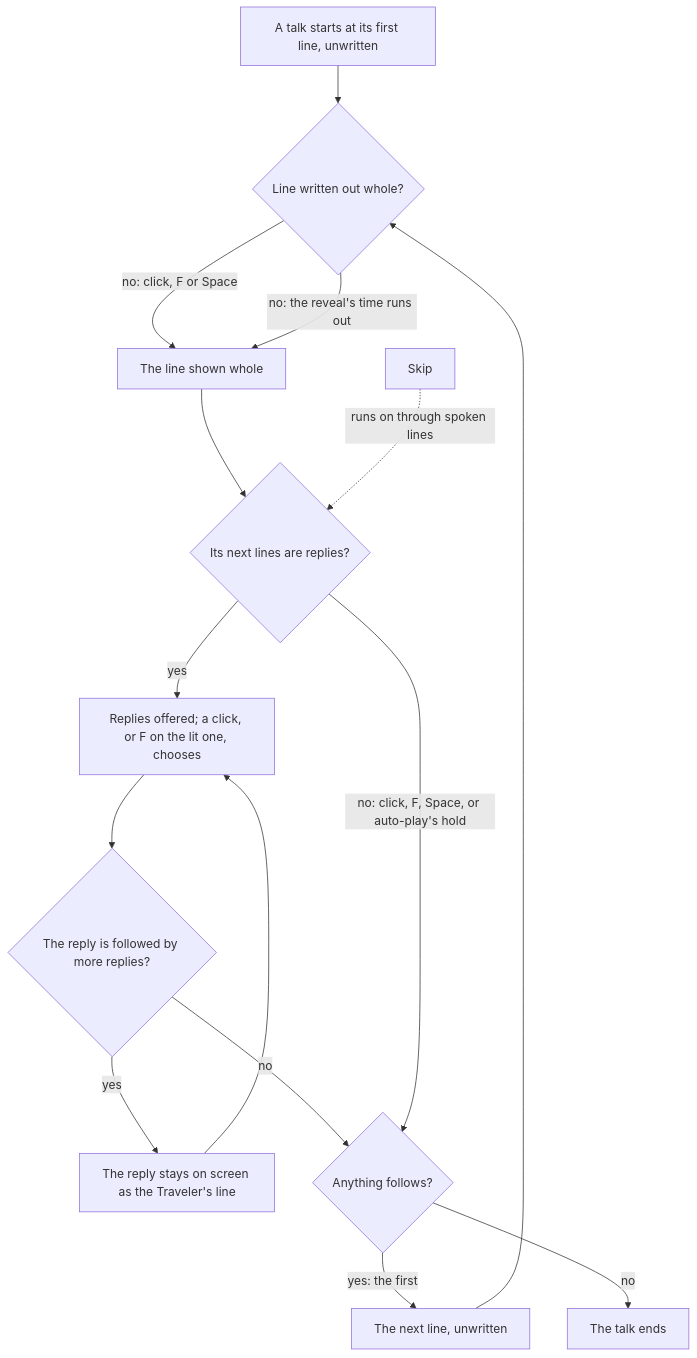
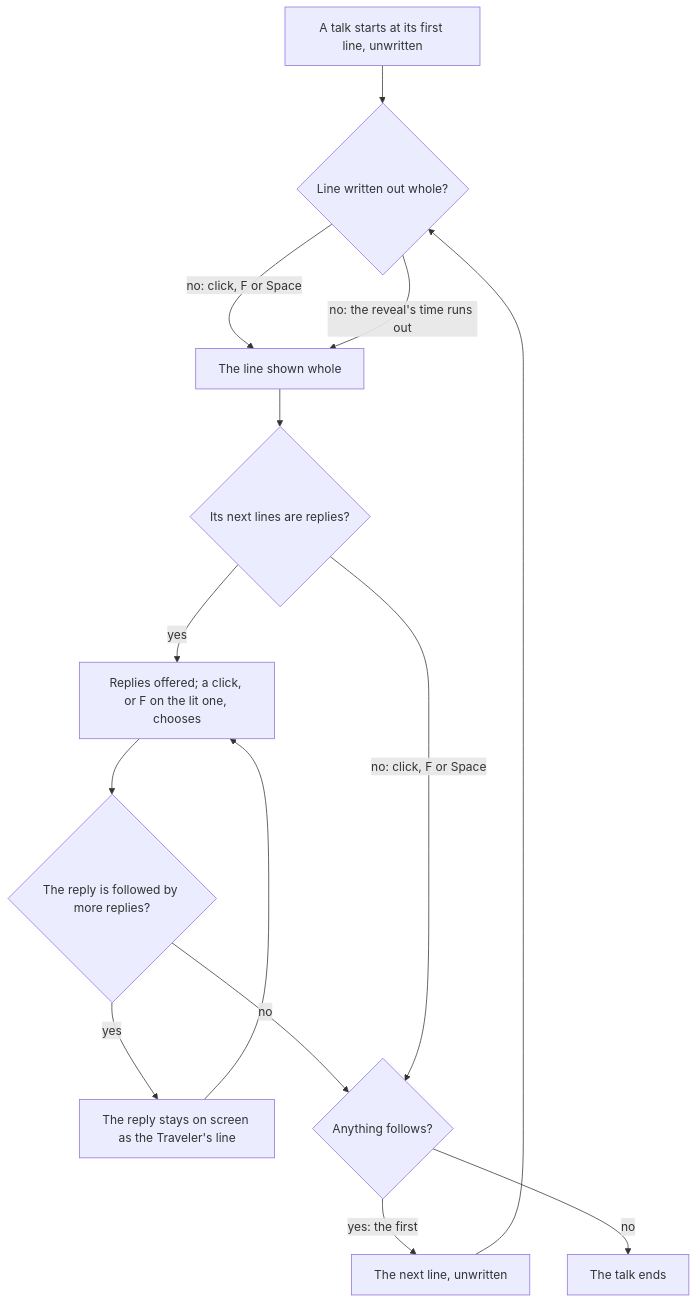
Before and after one commit to Esposter/Esposter: the first of 2 diagrams in openspec/specs/genshin/dialogue/design.md, drawn with Mermaid. The commit also changed other lines of this file and 86 other files, not shown here.

First line of the commit message:
docs(openspec): the genshin pages carry the hover guard, the Auto hold, the six o'clock respawn and the shared sheets

````diff
--- a/openspec/specs/genshin/dialogue/design.md
+++ b/openspec/specs/genshin/dialogue/design.md
@@ -7,17 +7,16 @@
 ```mermaid
 flowchart TD
   START["A talk starts at its first line, unwritten"] --> WRITE{"Line written out whole?"}
   WRITE -->|"no: click, F or Space"| WHOLE["The line shown whole"]
   WRITE -->|"no: the reveal's time runs out"| WHOLE
   WHOLE --> OFFER{"Its next lines are replies?"}
   OFFER -->|"yes"| CHOOSE["Replies offered; a click, or F on the lit one, chooses"]
   CHOOSE --> FOLLOW{"The reply is followed by more replies?"}
   FOLLOW -->|"yes"| OWN["The reply stays on screen as the Traveler's line"]
   OWN --> CHOOSE
   FOLLOW -->|"no"| NEXT
-  OFFER -->|"no: click, F, Space, or auto-play's hold"| NEXT{"Anything follows?"}
+  OFFER -->|"no: click, F or Space"| NEXT{"Anything follows?"}
   NEXT -->|"yes: the first"| START2["The next line, unwritten"]
   START2 --> WRITE
   NEXT -->|"no"| END["The talk ends"]
-  SKIP["Skip"] -.->|"runs on through spoken lines"| OFFER
 ```
````
